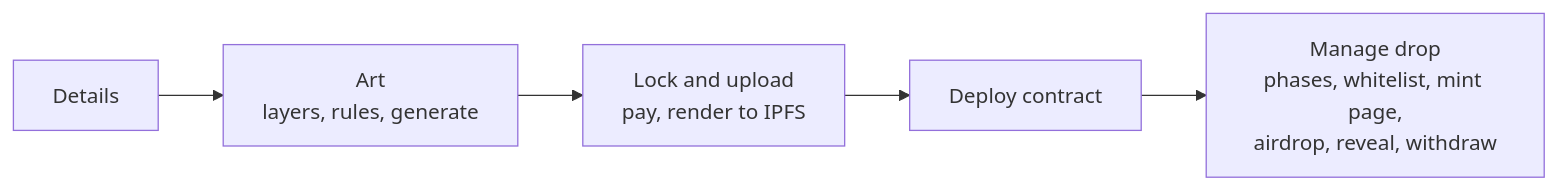
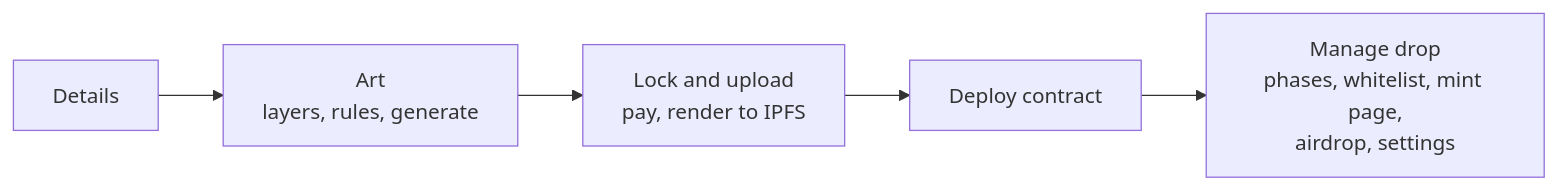
One commit to KobeSergio/cobweb changed the first of 4 diagrams in README.md. Above: the diagram before and after it, drawn with Mermaid. The commit also changed other lines of this file and 13 other files, not shown here.

Commit message:
Rewrite the README as a showcase for a technical reader: the status as of 27 October 2026, screenshots of every stage of the flow, the seven engineering decisions with the code that holds them, and a security section that links each claim to its enforcement

````diff
--- a/README.md
+++ b/README.md
@@ -26,7 +85,7 @@
 ```mermaid
 flowchart LR
   A[Details] --> B[Art<br/>layers, rules, generate]
   B --> C[Lock and upload<br/>pay, render to IPFS]
   C --> D[Deploy contract]
-  D --> E[Manage drop<br/>phases, whitelist, mint page,<br/>airdrop, reveal, withdraw]
+  D --> E[Manage drop<br/>phases, whitelist, mint page,<br/>airdrop, settings]
 ```
````
